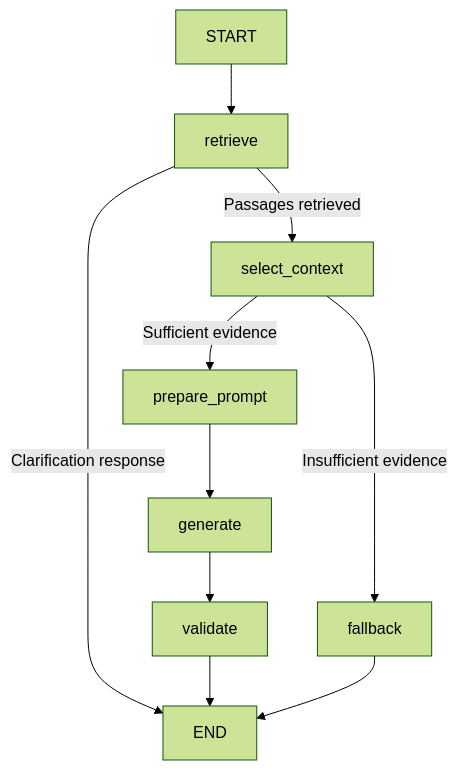
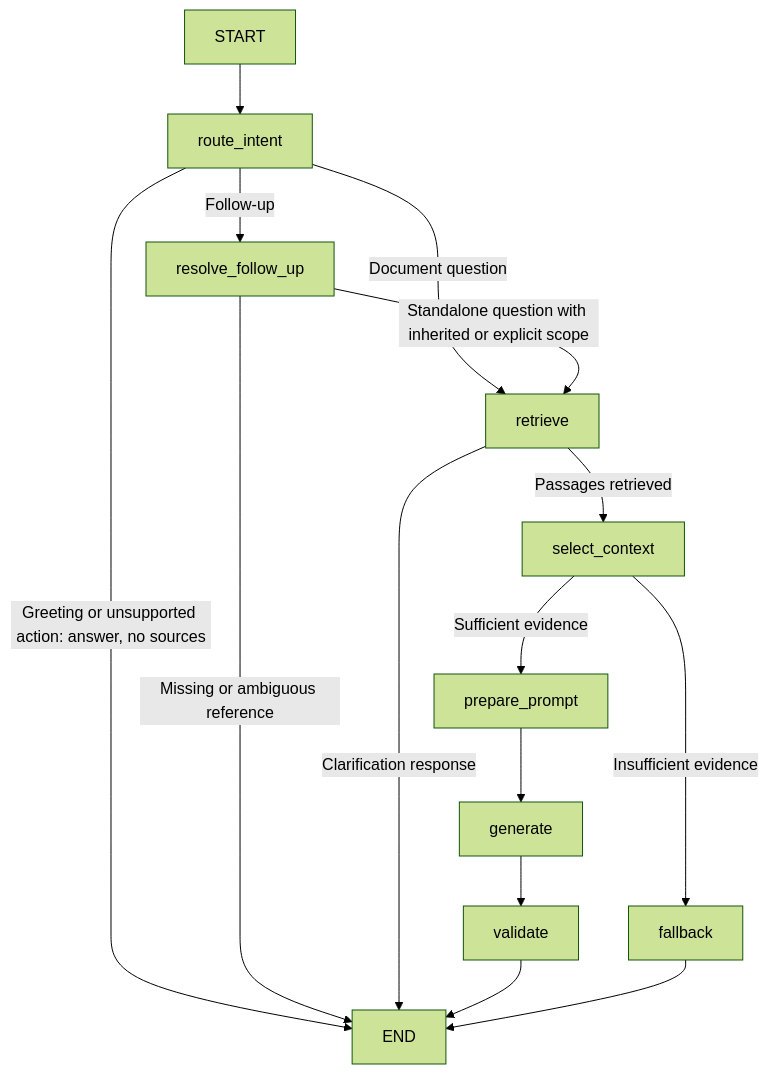
One commit to VaibhavLucktoo/ai-chatbot changed the diagram in docs/langgraph-workflow.md. Above: the diagram before and after it, drawn with Mermaid (forest theme). The commit also changed other lines of this file and 659 other files, not shown here.

````diff
--- a/docs/langgraph-workflow.md
+++ b/docs/langgraph-workflow.md
@@ -8,12 +10,17 @@
 ```mermaid
 flowchart TD
-    START --> retrieve
+    START --> route_intent
+    route_intent -->|Greeting or unsupported action: answer, no sources| END
+    route_intent -->|Document question| retrieve
+    route_intent -->|Follow-up| resolve_follow_up
+    resolve_follow_up -->|Missing or ambiguous reference| END
+    resolve_follow_up -->|Standalone question with inherited or explicit scope| retrieve
     retrieve -->|Clarification response| END
     retrieve -->|Passages retrieved| select_context
     select_context -->|Insufficient evidence| fallback
     select_context -->|Sufficient evidence| prepare_prompt
     prepare_prompt --> generate
     generate --> validate
     validate --> END
     fallback --> END
 ```
````
